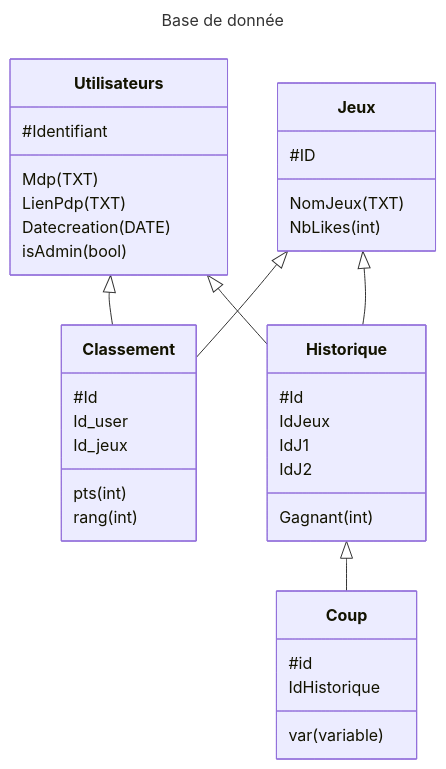
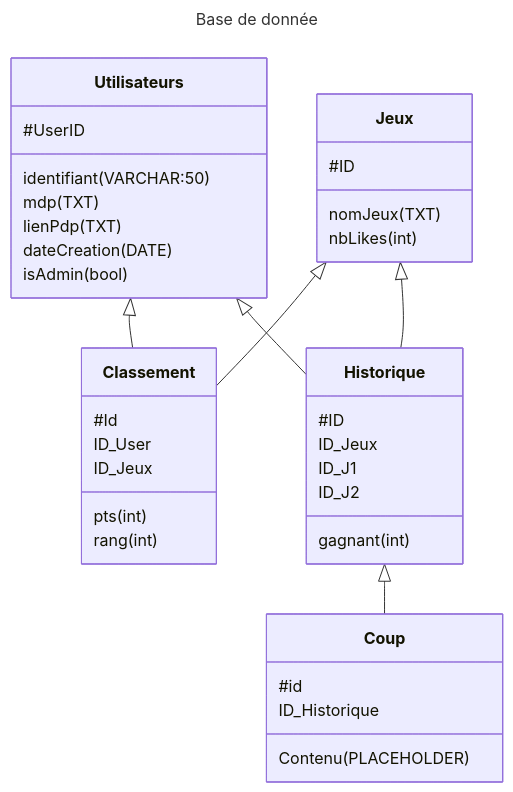
One commit to synnfall/JPEG changed the diagram in Docs/README.md. Above: the diagram before and after it, drawn with Mermaid.

````diff
--- a/Docs/README.md
+++ b/Docs/README.md
@@ -39,50 +39,50 @@
 ```mermaid
 ---
 title: Base de donnée
 ---
 
 classDiagram
     Utilisateurs <|-- Classement
     Jeux <|-- Classement
     Jeux <|-- Historique
     Utilisateurs <|-- Historique
     Historique <|-- Coup
     
 
     class Utilisateurs {
-        #Identifiant
-        Mdp(TXT)
-        LienPdp(TXT)
-        Datecreation(DATE)
+        #UserID
+        identifiant(VARCHAR:50)
+        mdp(TXT)
+        lienPdp(TXT)
+        dateCreation(DATE)
         isAdmin(bool)
     }
 
     class Jeux {
         #ID
-        NomJeux(TXT)
-        NbLikes(int)
-
+        nomJeux(TXT)
+        nbLikes(int)
     }
 
     class Classement {
         #Id
-        Id_user
-        Id_jeux
+        ID_User
+        ID_Jeux
         pts(int)
         rang(int)
     }
     
     class Coup {
         #id
-        IdHistorique
-        var(variable)
+        ID_Historique
+        Contenu(PLACEHOLDER)
     }
 
     class Historique {
-        #Id
-        IdJeux
-        IdJ1
-        IdJ2
-        Gagnant(int)
+        #ID
+        ID_Jeux
+        ID_J1
+        ID_J2
+        gagnant(int)
     }
 ```
````
